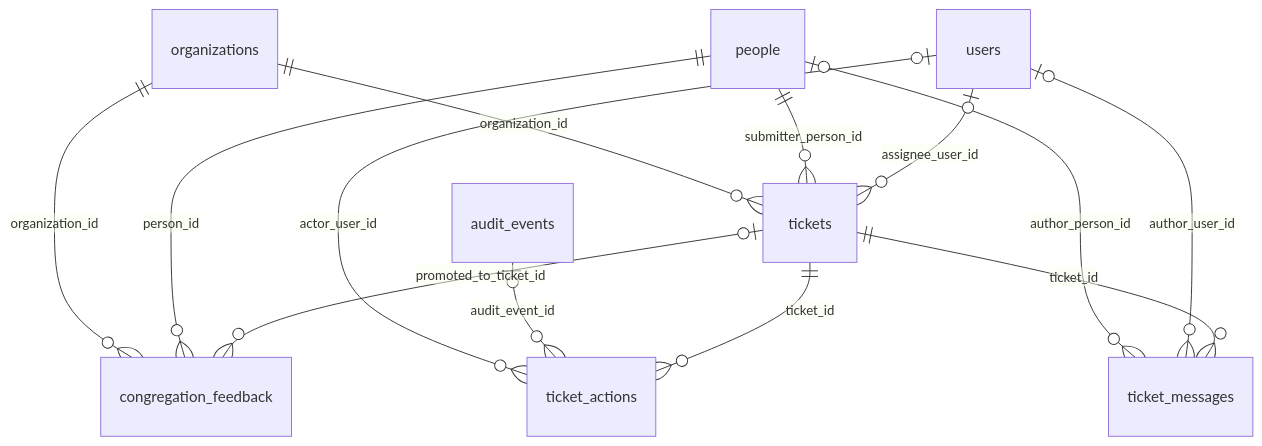
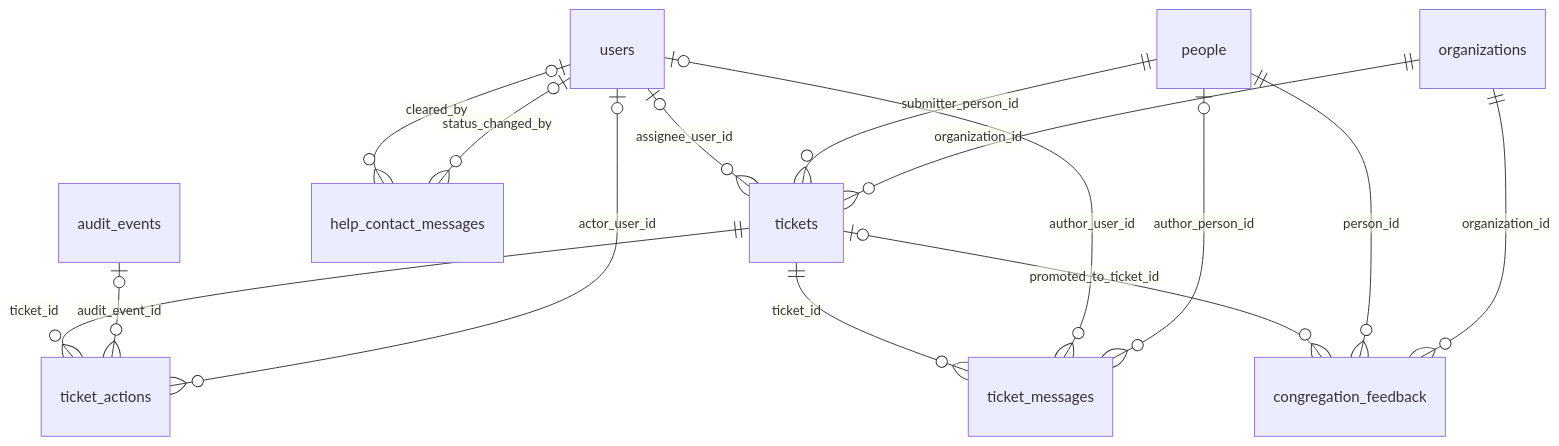
One commit to chenson42/presby changed diagram 18 of 19 in docs/schema-design.md. Above: the diagram before and after it, drawn with Mermaid. The commit also changed 4 other files, not shown here.

First line of the commit message:
feat(db): migration 0083, the definer-only help contact drop box

````diff
--- a/docs/schema-design.md
+++ b/docs/schema-design.md
@@ -429,15 +429,17 @@
 ```mermaid
 erDiagram
   organizations ||--o{ congregation_feedback : "organization_id"
   people ||--o{ congregation_feedback : "person_id"
   tickets |o--o{ congregation_feedback : "promoted_to_ticket_id"
+  users |o--o{ help_contact_messages : "status_changed_by"
+  users |o--o{ help_contact_messages : "cleared_by"
   users |o--o{ ticket_actions : "actor_user_id"
   audit_events |o--o{ ticket_actions : "audit_event_id"
   tickets ||--o{ ticket_actions : "ticket_id"
   people |o--o{ ticket_messages : "author_person_id"
   users |o--o{ ticket_messages : "author_user_id"
   tickets ||--o{ ticket_messages : "ticket_id"
   organizations ||--o{ tickets : "organization_id"
   people ||--o{ tickets : "submitter_person_id"
   users |o--o{ tickets : "assignee_user_id"
 ```
````
